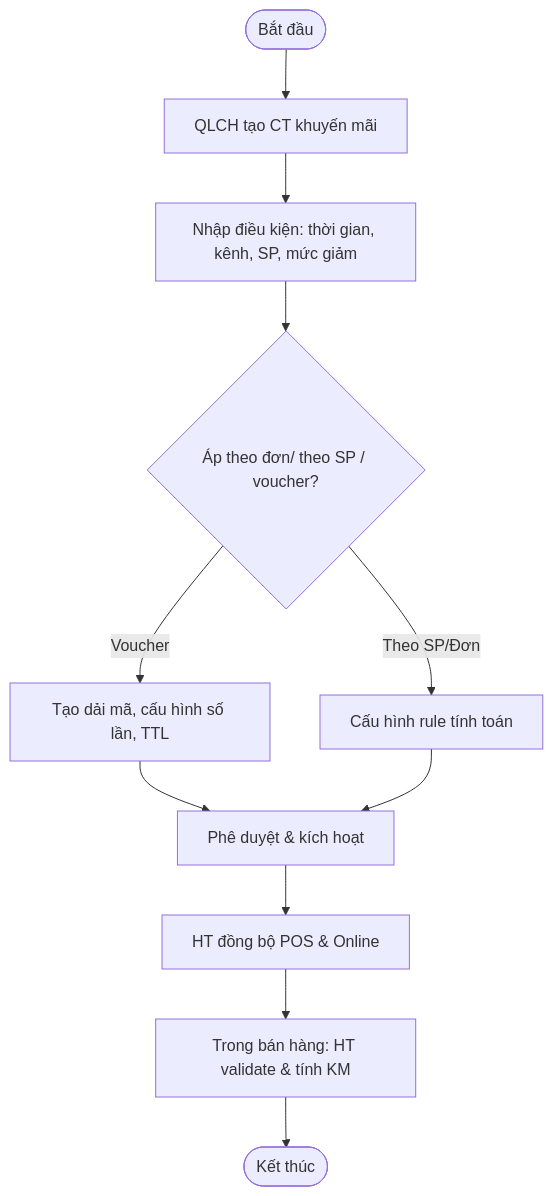
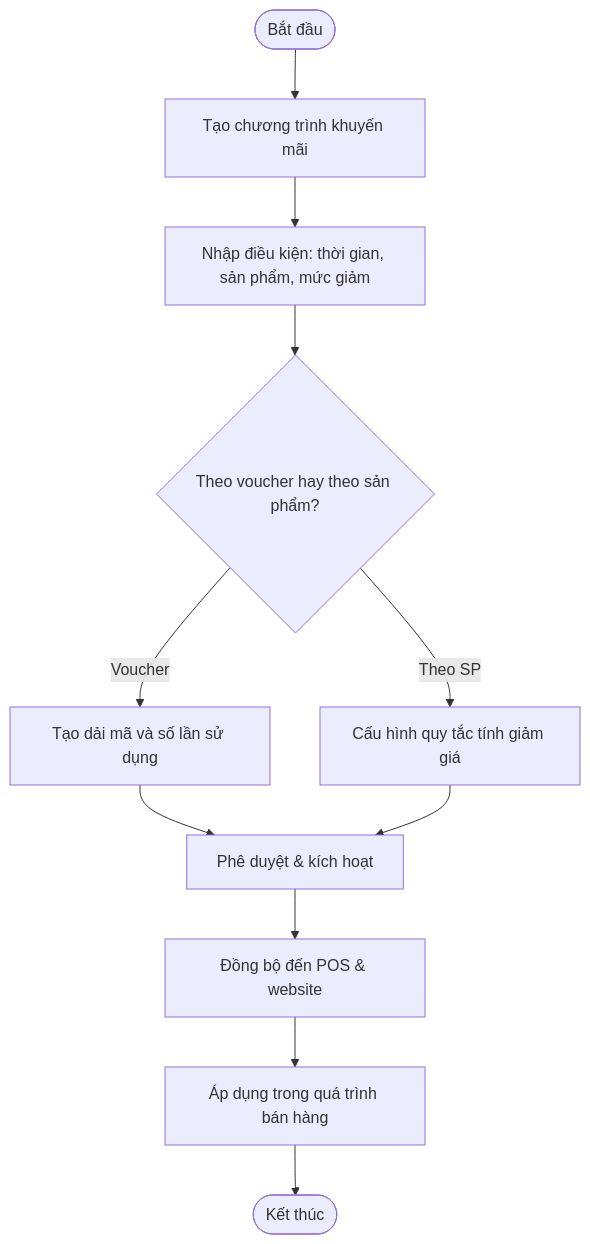
Before and after one commit to PhamThao05/Java_Example: the eighth of 12 diagrams in activity-diagrams-fashionland.md, drawn with Mermaid. The commit also changed other lines of this file, not shown here.

````diff
--- a/activity-diagrams-fashionland.md
+++ b/activity-diagrams-fashionland.md
@@ -161,13 +154,13 @@
 ```mermaid
 flowchart TD
-    A([Bắt đầu]) --> B[QLCH tạo CT khuyến mãi]
-    B --> C[Nhập điều kiện: thời gian, kênh, SP, mức giảm]
-    C --> D{Áp theo đơn/ theo SP / voucher?}
-    D -- Voucher --> E[Tạo dải mã, cấu hình số lần, TTL]
-    D -- Theo SP/Đơn --> F[Cấu hình rule tính toán]
+    A([Bắt đầu]) --> B[Tạo chương trình khuyến mãi]
+    B --> C[Nhập điều kiện: thời gian, sản phẩm, mức giảm]
+    C --> D{Theo voucher hay theo sản phẩm?}
+    D -- Voucher --> E[Tạo dải mã và số lần sử dụng]
+    D -- Theo SP --> F[Cấu hình quy tắc tính giảm giá]
     E --> G
     F --> G
-    G[Phê duyệt & kích hoạt] --> H[HT đồng bộ POS & Online]
-    H --> I[Trong bán hàng: HT validate & tính KM]
+    G[Phê duyệt & kích hoạt] --> H[Đồng bộ đến POS & website]
+    H --> I[Áp dụng trong quá trình bán hàng]
     I --> J([Kết thúc])
 ```
````
